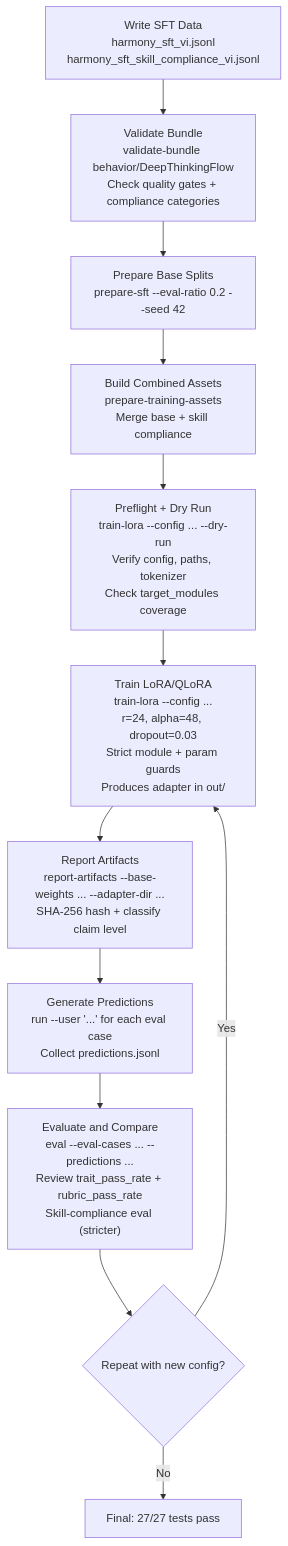
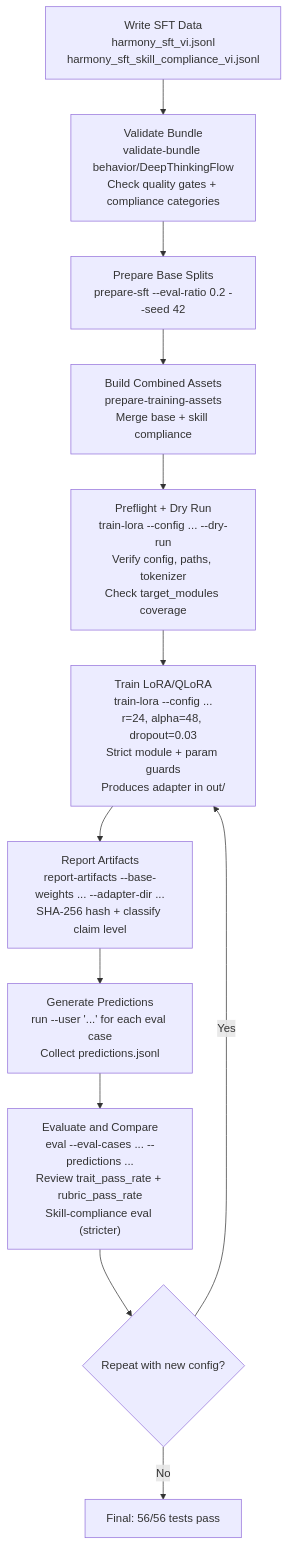
Before and after one commit to DeepThinkingFlow/DeepThinkingFlow-AI: the ninth of 14 diagrams in README.md, drawn with Mermaid. The commit also changed other lines of this file, not shown here.

````diff
--- a/README.md
+++ b/README.md
@@ -828,15 +828,15 @@
 ```mermaid
 flowchart TD
     A["Write SFT Data<br/>harmony_sft_vi.jsonl<br/>harmony_sft_skill_compliance_vi.jsonl"]
     A --> B["Validate Bundle<br/>validate-bundle behavior/DeepThinkingFlow<br/>Check quality gates + compliance categories"]
     B --> C["Prepare Base Splits<br/>prepare-sft --eval-ratio 0.2 --seed 42"]
     C --> D["Build Combined Assets<br/>prepare-training-assets<br/>Merge base + skill compliance"]
     D --> E["Preflight + Dry Run<br/>train-lora --config ... --dry-run<br/>Verify config, paths, tokenizer<br/>Check target_modules coverage"]
     E --> F["Train LoRA/QLoRA<br/>train-lora --config ...<br/>r=24, alpha=48, dropout=0.03<br/>Strict module + param guards<br/>Produces adapter in out/"]
     F --> G["Report Artifacts<br/>report-artifacts --base-weights ... --adapter-dir ...<br/>SHA-256 hash + classify claim level"]
     G --> H["Generate Predictions<br/>run --user '...' for each eval case<br/>Collect predictions.jsonl"]
     H --> I["Evaluate and Compare<br/>eval --eval-cases ... --predictions ...<br/>Review trait_pass_rate + rubric_pass_rate<br/>Skill-compliance eval (stricter)"]
     I --> J{"Repeat with new config?"}
     J -- Yes --> F
-    J -- No --> K["Final: 27/27 tests pass"]
+    J -- No --> K["Final: 56/56 tests pass"]
 ```
````
